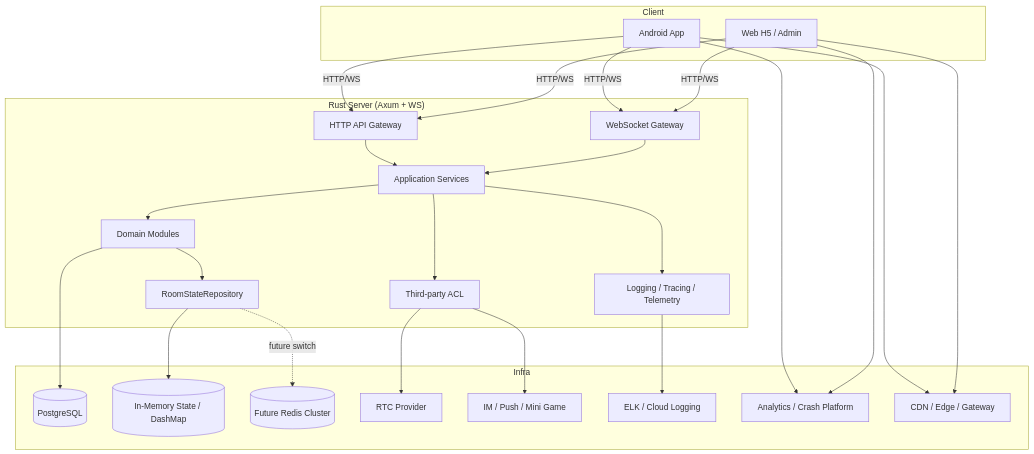
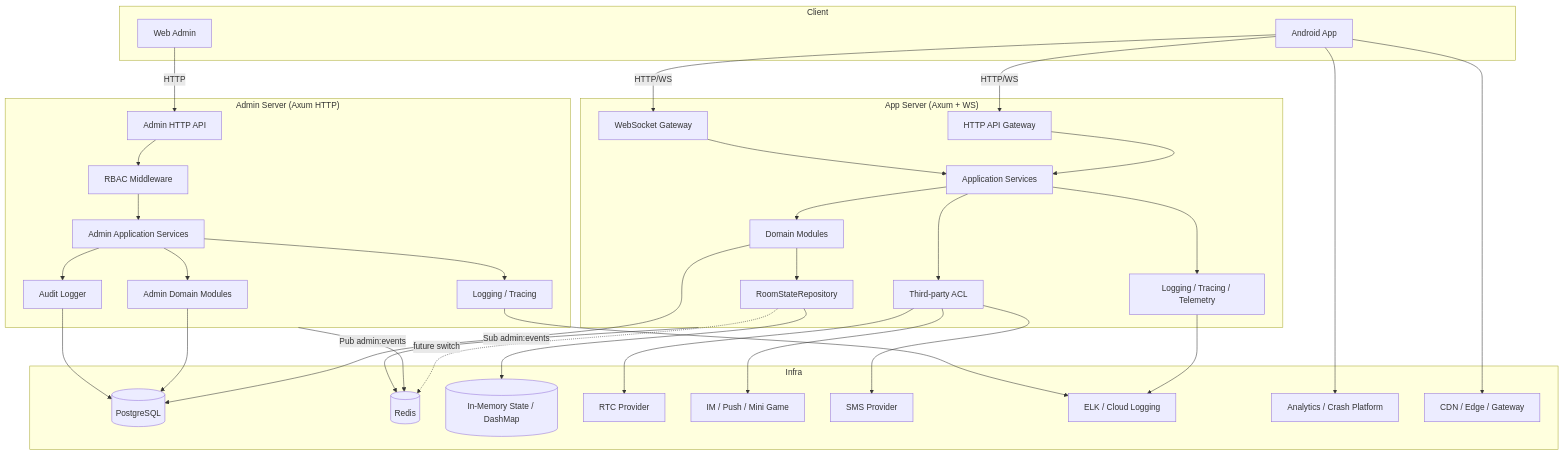
Before and after one commit to alsomail/voice-room: the diagram in doc/ARCHITECTURE.md, drawn with Mermaid. The commit also changed other lines of this file and 62 other files, not shown here.

````diff
--- a/doc/ARCHITECTURE.md
+++ b/doc/ARCHITECTURE.md
@@ -23,50 +24,71 @@
 ```mermaid
 flowchart TB
     subgraph Client
         A[Android App]
-        W[Web H5 / Admin]
+        W[Web Admin]
     end
 
-    subgraph Server["Rust Server (Axum + WS)"]
+    subgraph AppServer["App Server (Axum + WS)"]
         G[HTTP API Gateway]
         WS[WebSocket Gateway]
         APP[Application Services]
         DOM[Domain Modules]
         STATE[RoomStateRepository]
         ACL[Third-party ACL]
-        OBS[Logging / Tracing / Telemetry]
+        OBS_A[Logging / Tracing / Telemetry]
+    end
+
+    subgraph AdminServer["Admin Server (Axum HTTP)"]
+        AG[Admin HTTP API]
+        AAPP[Admin Application Services]
+        ADOM[Admin Domain Modules]
+        RBAC[RBAC Middleware]
+        AUDIT[Audit Logger]
+        OBS_B[Logging / Tracing]
     end
 
     subgraph Infra
         PG[(PostgreSQL)]
+        REDIS[(Redis)]
         MEM[(In-Memory State / DashMap)]
-        REDIS[(Future Redis Cluster)]
         RTC[RTC Provider]
         IM[IM / Push / Mini Game]
+        SMS[SMS Provider]
         LOG[ELK / Cloud Logging]
         ANA[Analytics / Crash Platform]
         CDN[CDN / Edge / Gateway]
     end
 
     A -->|HTTP/WS| G
     A -->|HTTP/WS| WS
-    W -->|HTTP/WS| G
-    W -->|HTTP/WS| WS
+    W -->|HTTP| AG
 
     G --> APP
     WS --> APP
     APP --> DOM
     DOM --> PG
     DOM --> STATE
     STATE --> MEM
     STATE -. future switch .-> REDIS
     APP --> ACL
     ACL --> RTC
     ACL --> IM
-    APP --> OBS
-    OBS --> LOG
+    ACL --> SMS
+    APP --> OBS_A
+    OBS_A --> LOG
+
+    AG --> RBAC
+    RBAC --> AAPP
+    AAPP --> ADOM
+    ADOM --> PG
+    AAPP --> AUDIT
+    AUDIT --> PG
+    AAPP --> OBS_B
+    OBS_B --> LOG
+
+    AdminServer -->|Pub admin:events| REDIS
+    AppServer -->|Sub admin:events| REDIS
+
     A --> ANA
-    W --> ANA
     A --> CDN
-    W --> CDN
 ```
````
